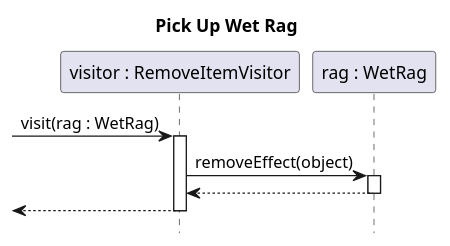
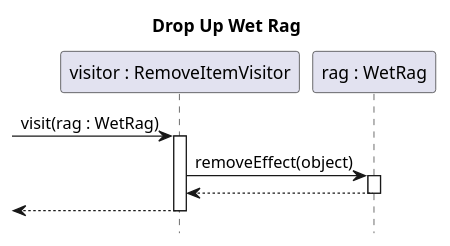
One commit to sn4k3ch4rm3r/logarlec changed the diagram in docs/diagrams/sequence/drop-wet-rag.puml. Above: the diagram before and after it, drawn with PlantUML. The commit also changed 4 other files, not shown here.

```diff
--- a/docs/diagrams/sequence/drop-wet-rag.puml
+++ b/docs/diagrams/sequence/drop-wet-rag.puml
@@ -1,13 +1,13 @@
 @startuml drop-wet-rag
-title Pick Up Wet Rag
+title Drop Up Wet Rag
 hide footbox
 autoactivate on
 
 participant "visitor : RemoveItemVisitor" as visitor
 participant "rag : WetRag" as rag
 
 [-> visitor : visit(rag : WetRag)
 visitor -> rag : removeEffect(object)
 return
 return
 @enduml
```
